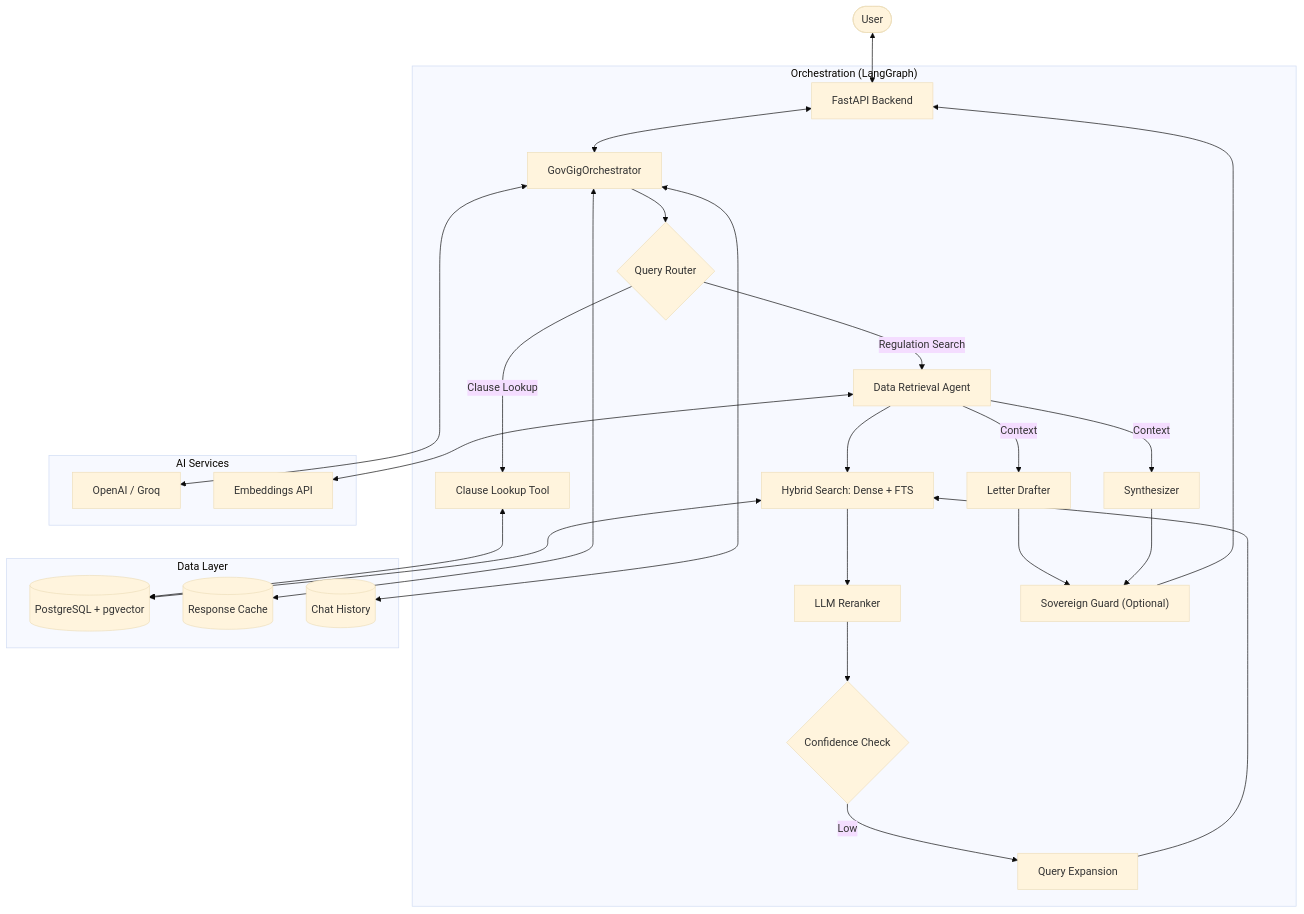
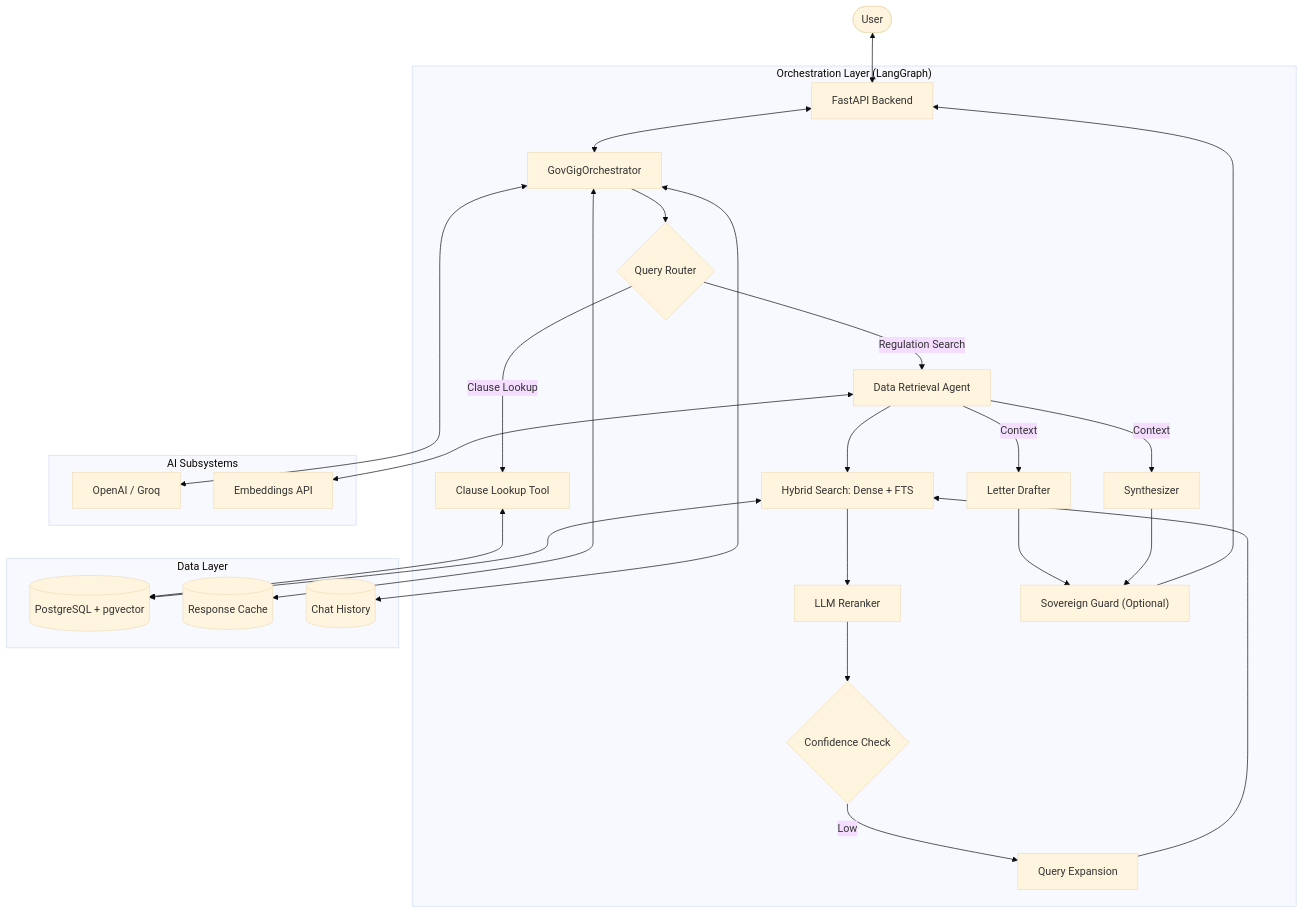
One commit to Saniya-22/centralized_contract_mnagement_suite changed the diagram in README.md. Above: the diagram before and after it, drawn with Mermaid (base theme). The commit also changed other lines of this file and 33 other files, not shown here.

````diff
--- a/README.md
+++ b/README.md
@@ -42,37 +24,37 @@
 ```mermaid
 graph TD
     User([User]) <--> API[FastAPI Backend]
     
-    subgraph "Orchestration (LangGraph)"
+    subgraph "Orchestration Layer (LangGraph)"
         API <--> Orchestrator[GovGigOrchestrator]
         Orchestrator --> Router{Query Router}
         Router --> |Clause Lookup| ClauseTool[Clause Lookup Tool]
         Router --> |Regulation Search| DataRetrieval[Data Retrieval Agent]
         
         DataRetrieval --> HybridSearch[Hybrid Search: Dense + FTS]
         HybridSearch --> Reranker[LLM Reranker]
         Reranker --> Reflection{Confidence Check}
         Reflection --> |Low| Expansion[Query Expansion]
         Expansion --> HybridSearch
         
         DataRetrieval --> |Context| Drafter[Letter Drafter]
         DataRetrieval --> |Context| Synthesizer[Synthesizer]
         
         Drafter --> Guard["Sovereign Guard (Optional)"]
         Synthesizer --> Guard
     end
     
     subgraph "Data Layer"
         ClauseTool <--> RDS[(PostgreSQL + pgvector)]
         HybridSearch <--> RDS
         Orchestrator <--> Cache[(Response Cache)]
         Orchestrator <--> History[(Chat History)]
     end
     
-    subgraph "AI Services"
+    subgraph "AI Subsystems"
         Orchestrator <--> LLM[OpenAI / Groq]
         DataRetrieval <--> Embed[Embeddings API]
     end
     
     Guard --> API
 ```
````
